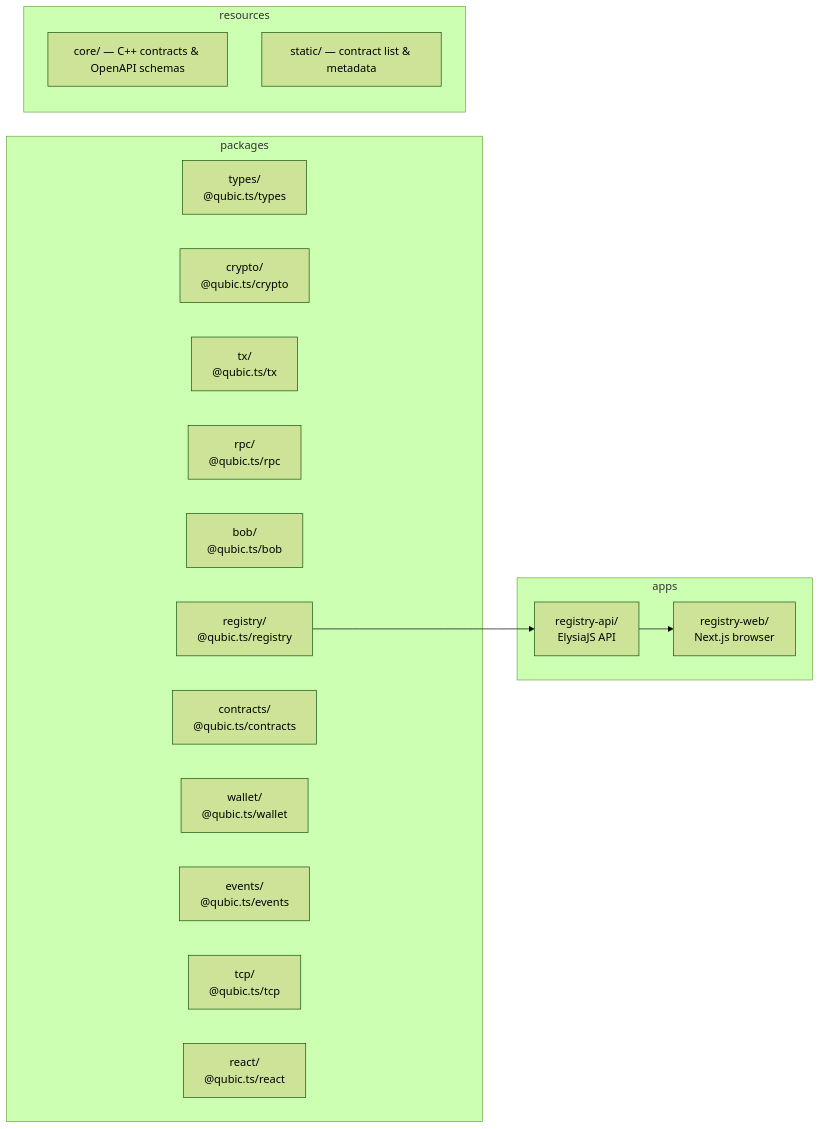
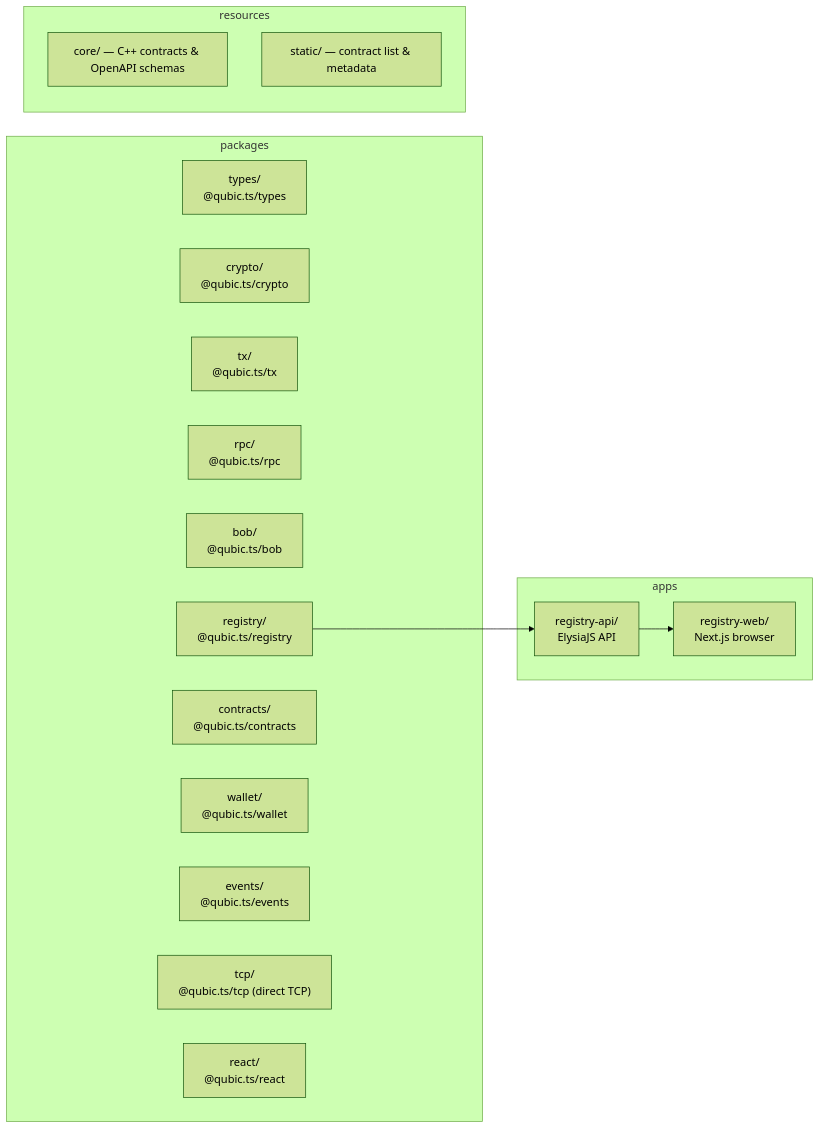
One commit to qubic/qubic-typescript changed the second of 2 diagrams in README.md. Above: the diagram before and after it, drawn with Mermaid (forest theme). The commit also changed other lines of this file and 1 other file, not shown here.

Commit message:
docs: update main README and tcp README to reflect implemented API

````diff
--- a/README.md
+++ b/README.md
@@ -210,26 +240,26 @@
 ```mermaid
 graph LR
   subgraph packages
     types["types/\n@qubic.ts/types"]
     crypto["crypto/\n@qubic.ts/crypto"]
     tx["tx/\n@qubic.ts/tx"]
     rpc["rpc/\n@qubic.ts/rpc"]
     bob["bob/\n@qubic.ts/bob"]
     registry["registry/\n@qubic.ts/registry"]
     contracts["contracts/\n@qubic.ts/contracts"]
     wallet["wallet/\n@qubic.ts/wallet"]
     events["events/\n@qubic.ts/events"]
-    tcp["tcp/\n@qubic.ts/tcp"]
+    tcp["tcp/\n@qubic.ts/tcp (direct TCP)"]
     react["react/\n@qubic.ts/react"]
   end
   subgraph apps
     api["registry-api/\nElysiaJS API"]
     web["registry-web/\nNext.js browser"]
   end
   subgraph resources
     core["core/ — C++ contracts & OpenAPI schemas"]
     static["static/ — contract list & metadata"]
   end
   registry --> api
   api --> web
 ```
````
